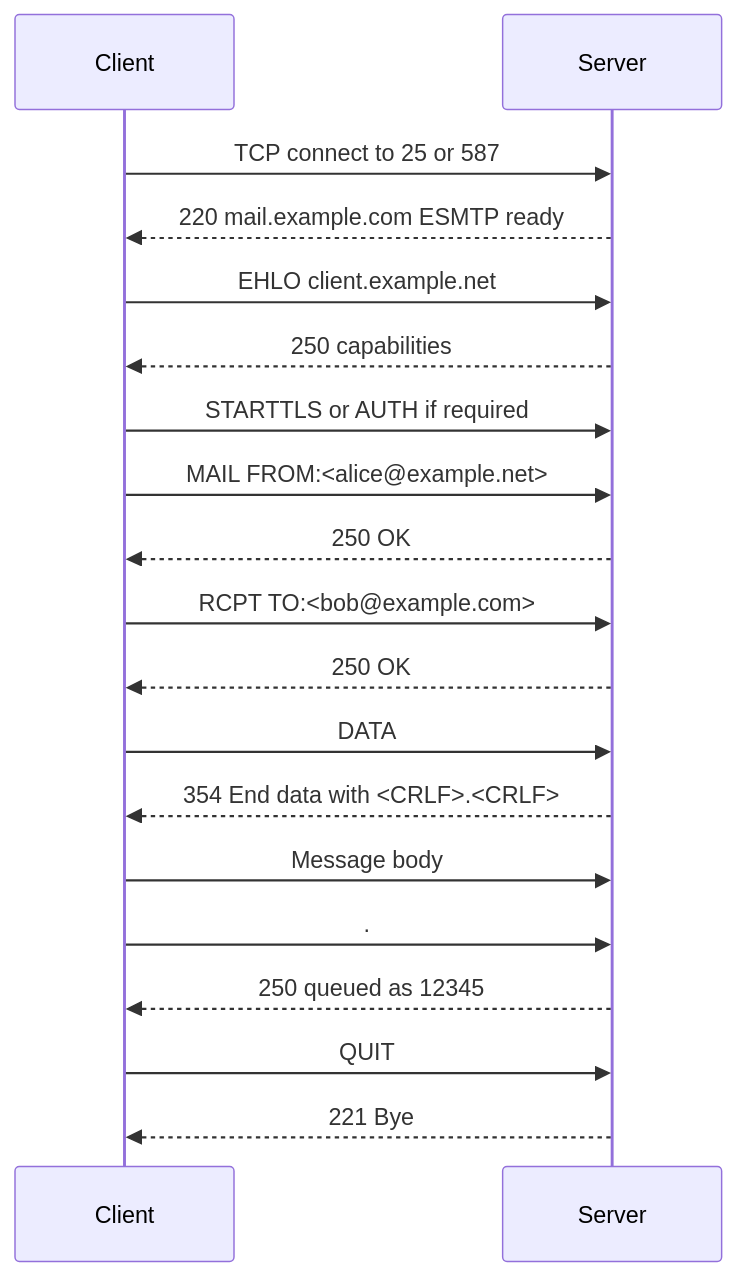
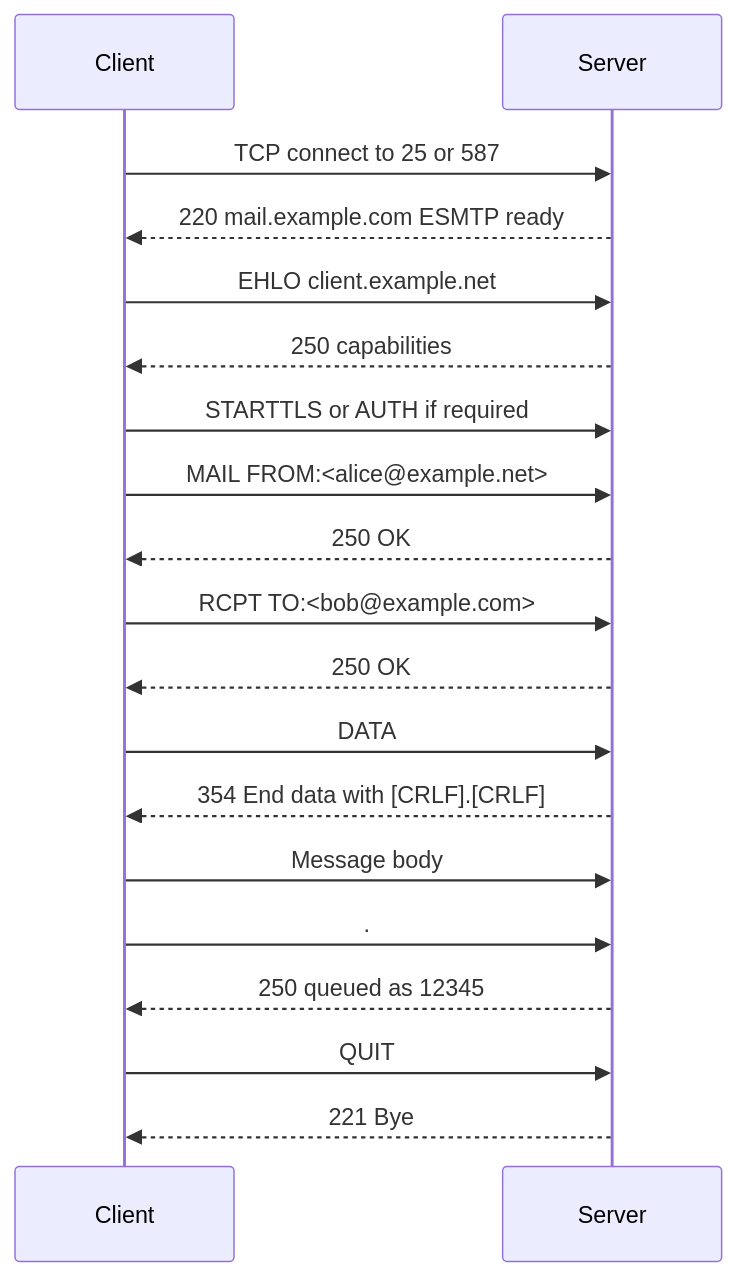
One commit to ShasidharReddy/Linux changed the second of 8 diagrams in 01-Fundamentals/13f-smtp-imap-pop3.md. Above: the diagram before and after it, drawn with Mermaid. The commit also changed other lines of this file and 83 other files, not shown here.

````diff
--- a/01-Fundamentals/13f-smtp-imap-pop3.md
+++ b/01-Fundamentals/13f-smtp-imap-pop3.md
@@ -113,21 +113,21 @@
 ```mermaid
 sequenceDiagram
     participant Client
     participant Server
     Client->>Server: TCP connect to 25 or 587
     Server-->>Client: 220 mail.example.com ESMTP ready
     Client->>Server: EHLO client.example.net
     Server-->>Client: 250 capabilities
     Client->>Server: STARTTLS or AUTH if required
     Client->>Server: MAIL FROM:<alice@example.net>
     Server-->>Client: 250 OK
     Client->>Server: RCPT TO:<bob@example.com>
     Server-->>Client: 250 OK
     Client->>Server: DATA
-    Server-->>Client: 354 End data with <CRLF>.<CRLF>
+    Server-->>Client: 354 End data with [CRLF].[CRLF]
     Client->>Server: Message body
     Client->>Server: .
     Server-->>Client: 250 queued as 12345
     Client->>Server: QUIT
     Server-->>Client: 221 Bye
 ```
````
